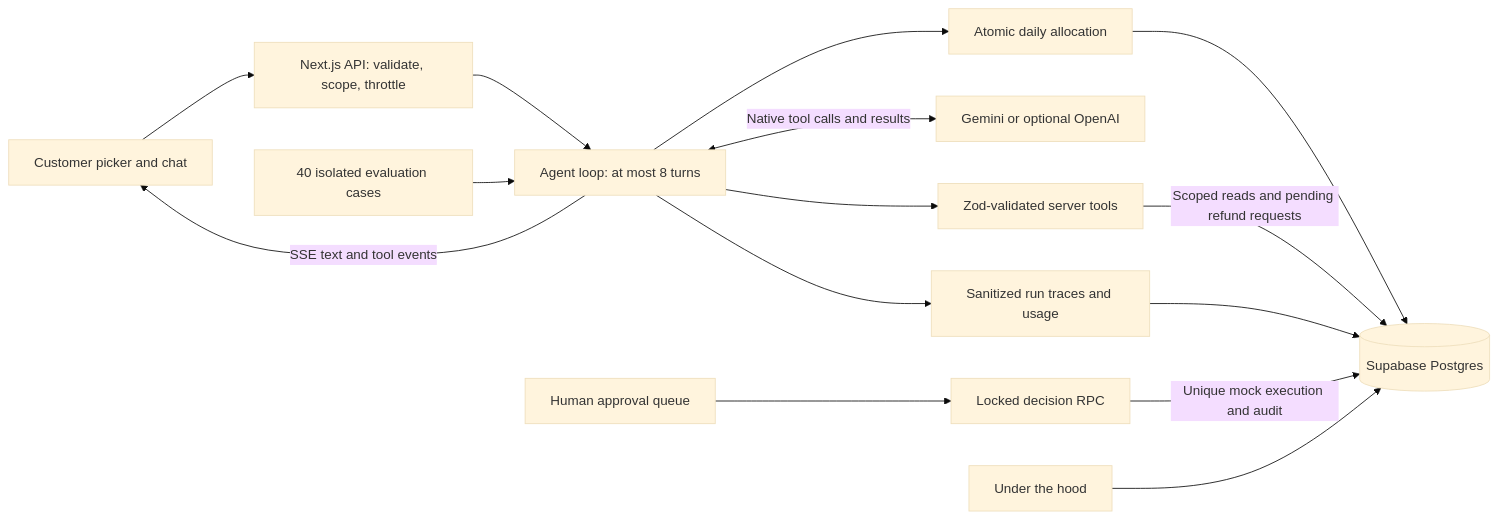
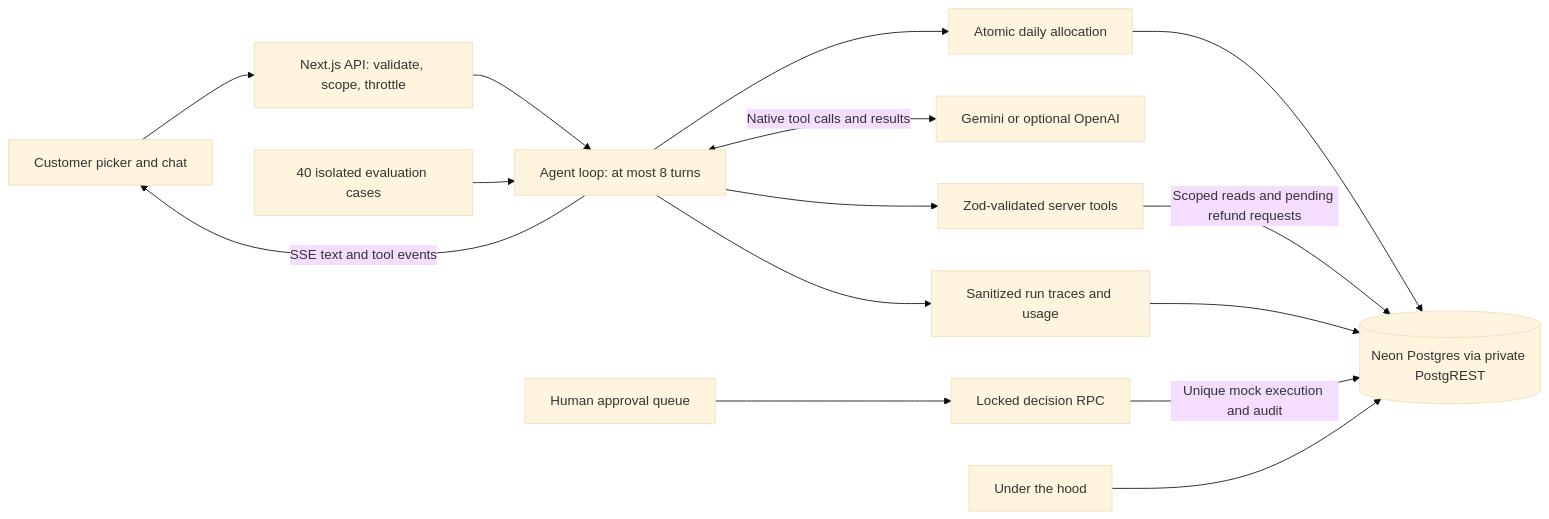
Before and after one commit to NishithVadlamudi/AI-Payment-Dispute-Agent: the diagram in README.md, drawn with Mermaid (base theme). The commit also changed other lines of this file and 2 other files, not shown here.

````diff
--- a/README.md
+++ b/README.md
@@ -47,17 +49,17 @@
 ```mermaid
 flowchart LR
   UI[Customer picker and chat] --> API[Next.js API: validate, scope, throttle]
   API --> LOOP[Agent loop: at most 8 turns]
   LOOP --> BUDGET[Atomic daily allocation]
-  BUDGET --> DB[(Supabase Postgres)]
+  BUDGET --> DB[(Neon Postgres via private PostgREST)]
   LOOP <-->|Native tool calls and results| MODEL[Gemini or optional OpenAI]
   LOOP --> TOOLS[Zod-validated server tools]
   TOOLS -->|Scoped reads and pending refund requests| DB
   HUMAN[Human approval queue] --> RPC[Locked decision RPC]
   RPC -->|Unique mock execution and audit| DB
   LOOP -->|SSE text and tool events| UI
   LOOP --> TRACE[Sanitized run traces and usage]
   TRACE --> DB
   EVAL[40 isolated evaluation cases] --> LOOP
   HOOD[Under the hood] --> DB
 ```
````
